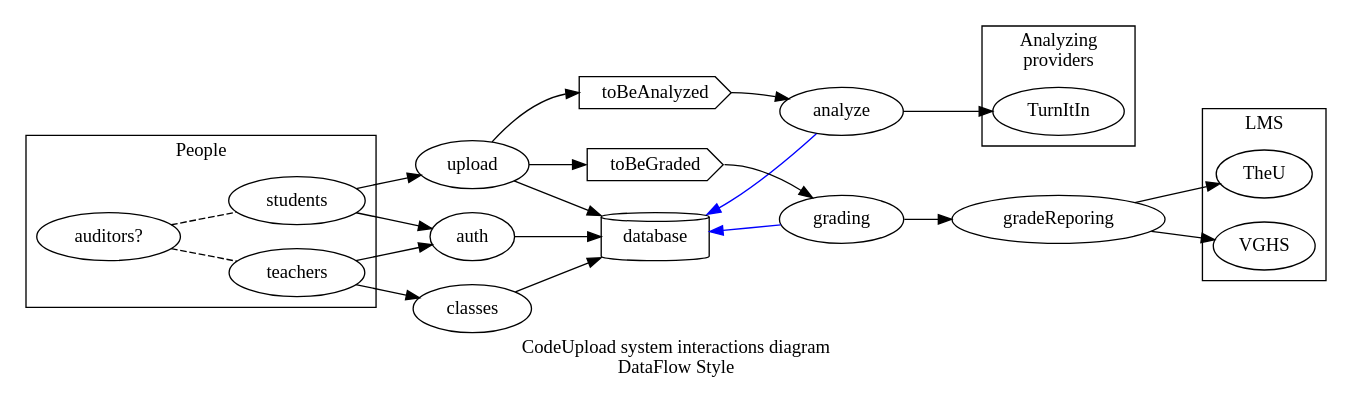
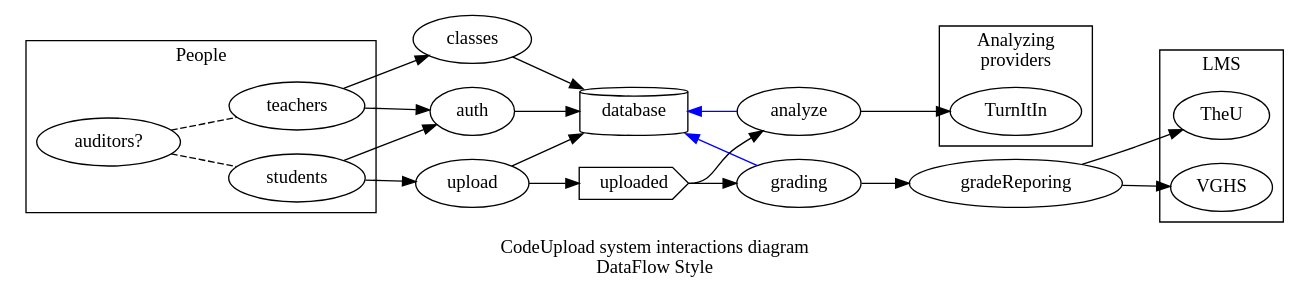
One commit to mckaysalisbury/grades changed the diagram in dataflow.gv. Above: the diagram before and after it, drawn with Graphviz. The commit also changed 1 other file, not shown here.

```diff
--- a/dataflow.gv
+++ b/dataflow.gv
@@ -1,31 +1,32 @@
 digraph dataflow {
     label="CodeUpload system interactions diagram\nDataFlow Style"
     rankdir=LR
     subgraph clusterAnalyze {
         label="Analyzing\nproviders"
         TurnItIn
     }
     subgraph clusterLMS {
         label="LMS"
         TheU,
         VGHS
     }
     subgraph clusterPeople {
         label="People"
         teachers
         students
         auditors [label="auditors?"]
     }
 
     database [shape=cylinder]
-    toBeGraded, toBeAnalyzed [shape=cds]
+    uploaded [shape=cds]
+    
     students, teachers -> auth -> database
     students -> upload -> database
     teachers -> classes -> database
     database -> grading, analyze [dir=back, color="blue"]
-    upload -> toBeGraded:w, toBeAnalyzed:w
-    toBeGraded:e -> grading -> gradeReporing -> VGHS, TheU
-    toBeAnalyzed:e -> analyze -> TurnItIn
+    upload -> uploaded:w
+    uploaded:e -> grading -> gradeReporing -> VGHS, TheU
+    uploaded:e -> analyze -> TurnItIn
 
     auditors -> students, teachers [dir=none, style=dashed]
 }
```
